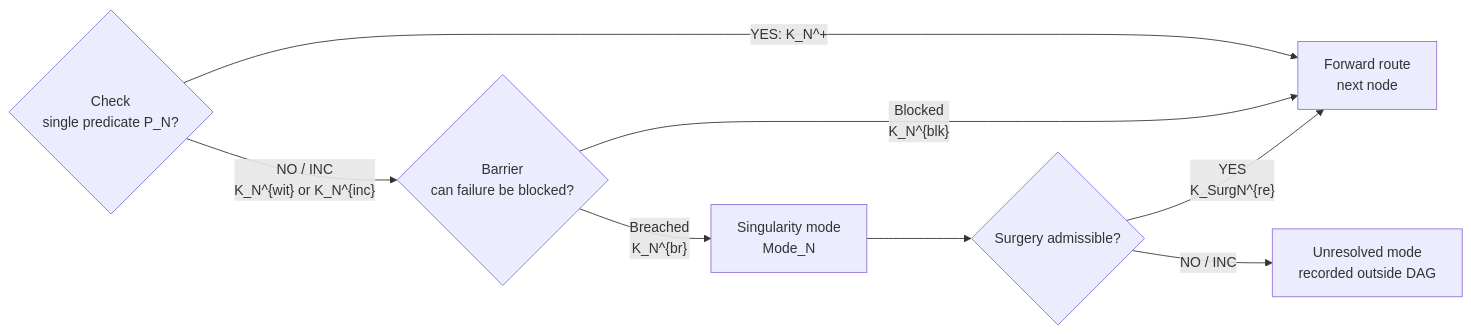
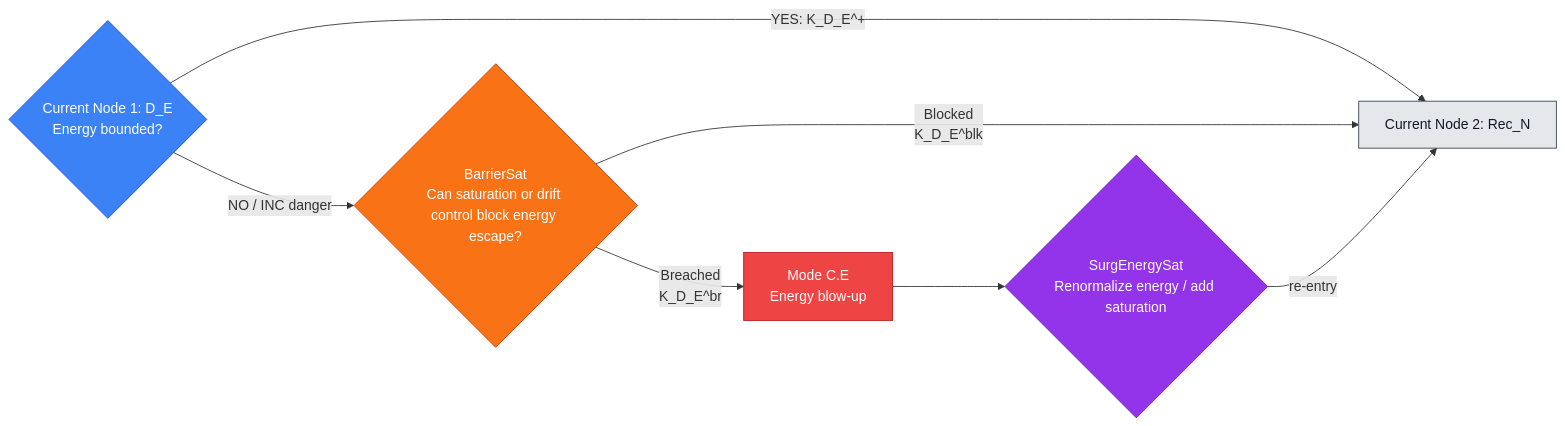
One commit to Guillemdb/hypostructure changed the third of 54 diagrams in docs/source/1_hypostructure_formalism/edits/new_sieve.md. Above: the diagram before and after it, drawn with Mermaid. The commit also changed other lines of this file and 5 other files, not shown here.

````diff
--- a/docs/source/1_hypostructure_formalism/edits/new_sieve.md
+++ b/docs/source/1_hypostructure_formalism/edits/new_sieve.md
@@ -129,17 +821,22 @@
 ```mermaid
 flowchart LR
-    C{"Check<br/>single predicate P_N?"}
-    C -- "YES: K_N^+" --> NEXT["Forward route<br/>next node"]
+    C{"Current Node 1: D_E<br/>Energy bounded?"}
+    C -- "YES: K_D_E^+" --> N["Current Node 2: Rec_N"]
+    C -- "NO / INC danger" --> B{"BarrierSat<br/>Can saturation or drift control block energy escape?"}
+    B -- "Blocked<br/>K_D_E^blk" --> N
+    B -- "Breached<br/>K_D_E^br" --> M["Mode C.E<br/>Energy blow-up"]
+    M --> S{"SurgEnergySat<br/>Renormalize energy / add saturation"}
+    S -- "re-entry" --> N
 
-    C -- "NO / INC<br/>K_N^{wit} or K_N^{inc}" --> B{"Barrier<br/>can failure be blocked?"}
+    classDef check fill:#3b82f6,stroke:#1d4ed8,color:#ffffff;
+    classDef barrier fill:#f97316,stroke:#c2410c,color:#ffffff;
+    classDef mode fill:#ef4444,stroke:#b91c1c,color:#ffffff;
+    classDef surgery fill:#9333ea,stroke:#6b21a8,color:#ffffff;
+    classDef next fill:#e5e7eb,stroke:#374151,color:#111827;
 
-    B -- "Blocked<br/>K_N^{blk}" --> NEXT
-
-    B -- "Breached<br/>K_N^{br}" --> M["Singularity mode<br/>Mode_N"]
-
-    M --> S{"Surgery admissible?"}
-
-    S -- "YES<br/>K_SurgN^{re}" --> NEXT
-
-    S -- "NO / INC" --> FATAL["Unresolved mode<br/>recorded outside DAG"]
+    class C check;
+    class B barrier;
+    class M mode;
+    class S surgery;
+    class N next;
 ```
````
